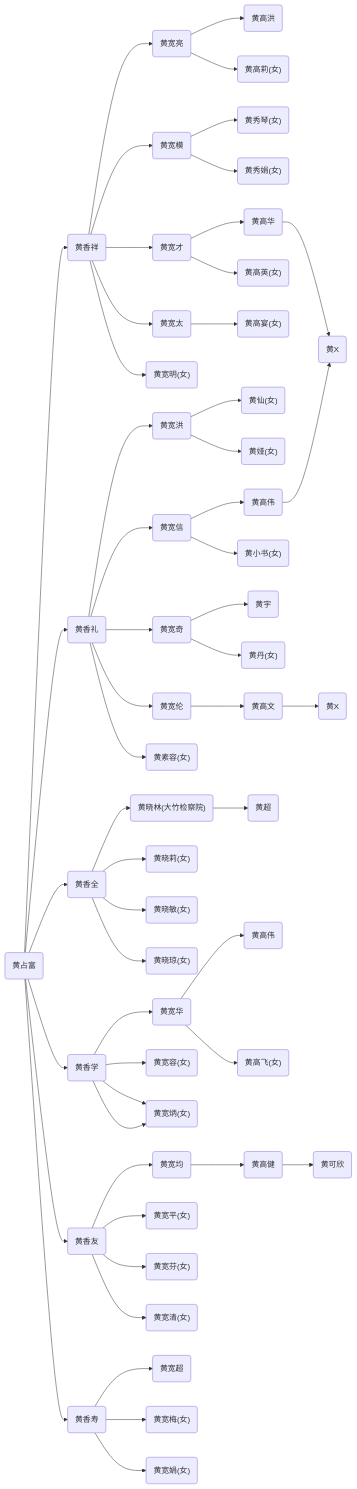
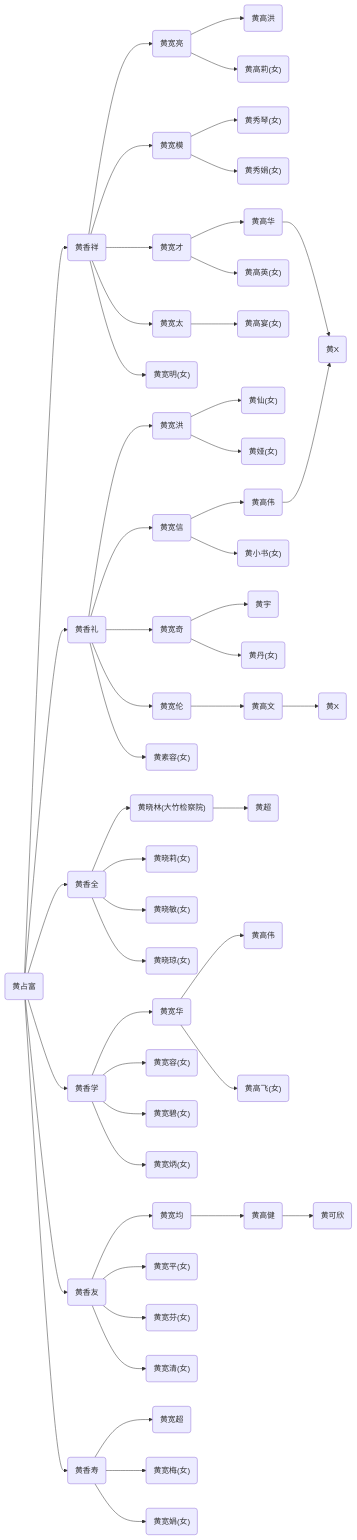
Before and after one commit to jeanim/jiapu: the third of 5 diagrams in contents/chapter3.md, drawn with Mermaid.

```diff
--- a/contents/chapter3.md
+++ b/contents/chapter3.md
@@ -117,56 +117,56 @@
 {% mermaid %}
 graph LR;
   huangzhanfu("黄占富")-->huangxiangxiang("黄香祥");
   huangxiangxiang("黄香祥")-->huangkuanliang("黄宽亮");
   huangkuanliang("黄宽亮")-->huanggaohong("黄高洪");
   huangkuanliang("黄宽亮")-->huanggaoli("黄高莉(女)");
   huangxiangxiang("黄香祥")-->huangkuanmo("黄宽模");
   huangkuanmo("黄宽模")-->huangxiuqin("黄秀琴(女)");
   huangkuanmo("黄宽模")-->huangxiujuan("黄秀娟(女)");
   huangxiangxiang("黄香祥")-->huangkuancai("黄宽才");
   huangkuancai("黄宽才")-->huanggaohua("黄高华");
   huanggaohua("黄高华")-->huangx("黄X");
   huangkuancai("黄宽才")-->huanggaoying("黄高英(女)");
   huangxiangxiang("黄香祥")-->huangkuantai("黄宽太");
   huangkuantai("黄宽太")-->huanggaoyan("黄高宴(女)");
   huangxiangxiang("黄香祥")-->huangkuanming("黄宽明(女)");
   huangzhanfu("黄占富")-->huangxiangli("黄香礼");
   huangxiangli("黄香礼")-->huangkuanhong("黄宽洪");
   huangkuanhong("黄宽洪")-->huangxian("黄仙(女)");
   huangkuanhong("黄宽洪")-->huangya("黄娅(女)");
   huangxiangli("黄香礼")-->huangkuanxin("黄宽信");
   huangkuanxin("黄宽信")-->huanggaowei("黄高伟");
   huanggaowei("黄高伟")-->huangx("黄X");
   huangkuanxin("黄宽信")-->huangxiaoshu("黄小书(女)");
   huangxiangli("黄香礼")-->huangkuanqi("黄宽奇");
   huangkuanqi("黄宽奇")-->huangyu("黄宇");
   huangkuanqi("黄宽奇")-->huangdan("黄丹(女)");
   huangxiangli("黄香礼")-->huangkuanlun("黄宽伦");
   huangkuanlun("黄宽伦")-->huanggaowen("黄高文");
   huanggaowen("黄高文")-->huangx2("黄X");
   huangxiangli("黄香礼")-->huangsurong("黄素容(女)");
   huangzhanfu("黄占富")-->huangxiangquan("黄香全");
   huangxiangquan("黄香全")-->huagnxiaolin("黄晓林(大竹检察院)");
   huagnxiaolin("黄晓林(大竹检察院)")-->huangchao("黄超");
   huangxiangquan("黄香全")-->huagnxiaoli("黄晓莉(女)");
   huangxiangquan("黄香全")-->huagnxiaomin("黄晓敏(女)");
   huangxiangquan("黄香全")-->huagnxiaoqiong("黄晓琼(女)");
   huangzhanfu("黄占富")-->huangxiangxue("黄香学");
   huangxiangxue("黄香学")-->huangkuanhua("黄宽华");
   huangkuanhua("黄宽华")-->huanggaowei2("黄高伟");
   huangkuanhua("黄宽华")-->huanggaofei("黄高飞(女)");
   huangxiangxue("黄香学")-->huangkuanrong("黄宽容(女)");
-  huangxiangxue("黄香学")-->huangkuan("黄宽碧(女)");
-  huangxiangxue("黄香学")-->huangkuan("黄宽炳(女)");
+  huangxiangxue("黄香学")-->huangkuanbi("黄宽碧(女)");
+  huangxiangxue("黄香学")-->huangkuanbing("黄宽炳(女)");
   huangzhanfu("黄占富")-->huangxiangyou("黄香友");
   huangxiangyou("黄香友")-->huangkuanjun("黄宽均");
   huangkuanjun("黄宽均")-->huanggaojian("黄高健");
   huanggaojian("黄高健")-->huangkexin("黄可欣");
   huangxiangyou("黄香友")-->huangkuanping("黄宽平(女)");
   huangxiangyou("黄香友")-->huangkuanfen("黄宽芬(女)");
   huangxiangyou("黄香友")-->huangkuanqing("黄宽清(女)");
   huangzhanfu("黄占富")-->huangxiangshou("黄香寿");
   huangxiangshou("黄香寿")-->huangkuanchao("黄宽超");
   huangxiangshou("黄香寿")-->huangkuanmei("黄宽梅(女)");
   huangxiangshou("黄香寿")-->huangkuanjuan("黄宽娟(女)");
 {% endmermaid %}
```
